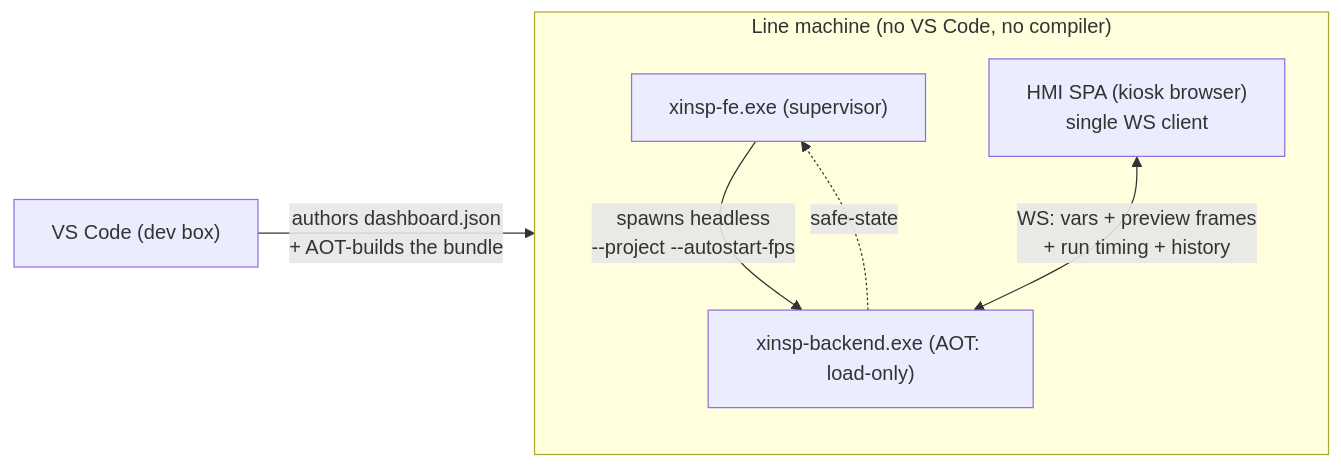
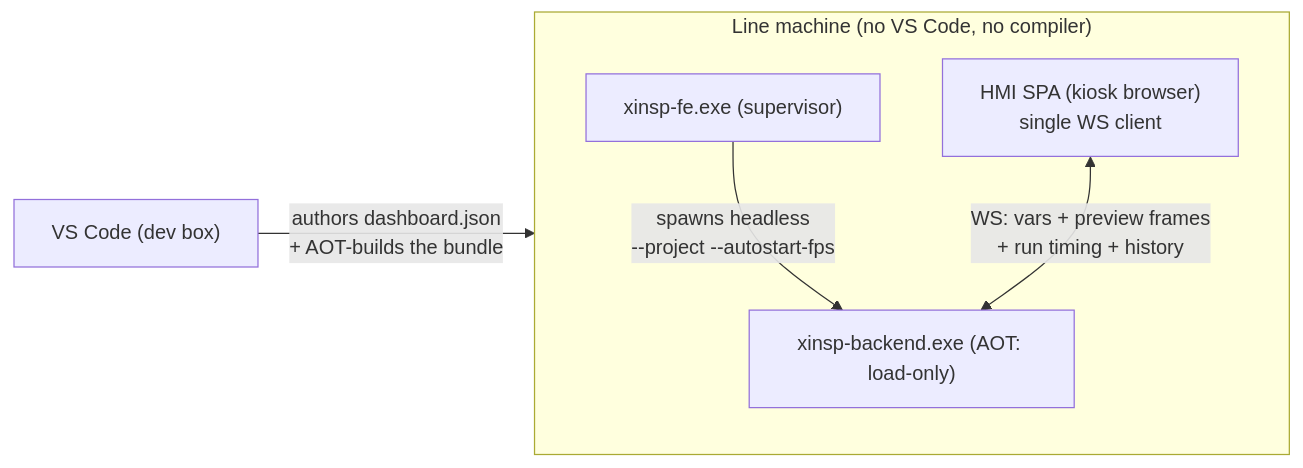
Before and after one commit to MDMTseng/xInsp2: the diagram in docs/roadmap/production-hmi.md, drawn with Mermaid. The commit also changed other lines of this file and 16 other files, not shown here.

````diff
--- a/docs/roadmap/production-hmi.md
+++ b/docs/roadmap/production-hmi.md
@@ -52,12 +52,11 @@
 ```mermaid
 flowchart LR
     subgraph LINE["Line machine (no VS Code, no compiler)"]
         FE["xinsp-fe.exe (supervisor)"]
         BE["xinsp-backend.exe (AOT: load-only)"]
         HMI["HMI SPA (kiosk browser)\nsingle WS client"]
         FE -->|spawns headless\n--project --autostart-fps| BE
         HMI <-->|WS: vars + preview frames\n+ run timing + history| BE
-        BE -. safe-state .-> FE
     end
     DEV["VS Code (dev box)"] -->|authors dashboard.json\n+ AOT-builds the bundle| LINE
 ```
````
